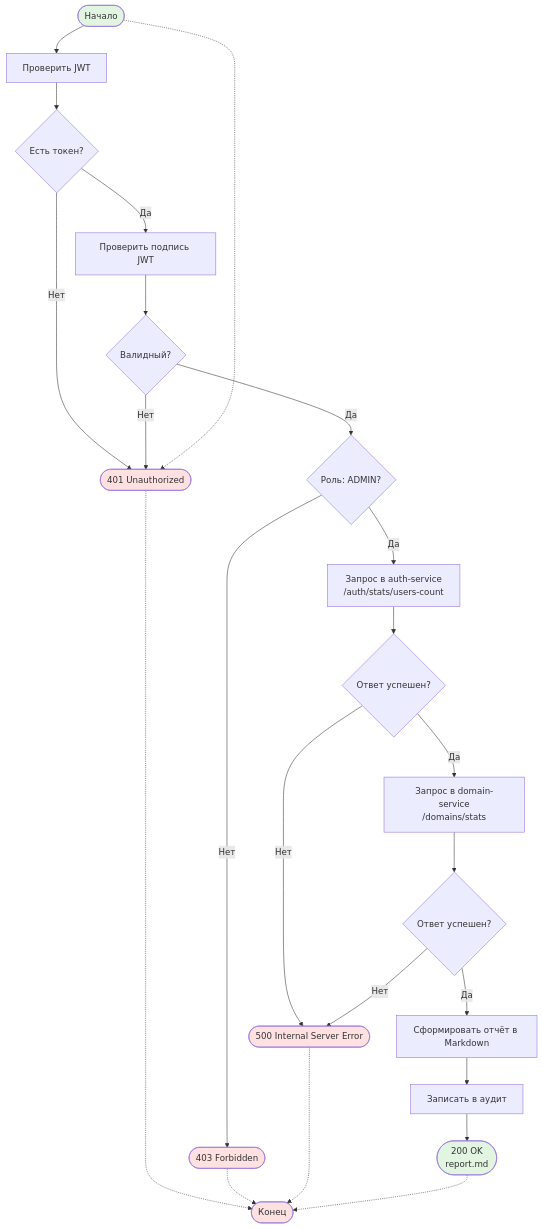
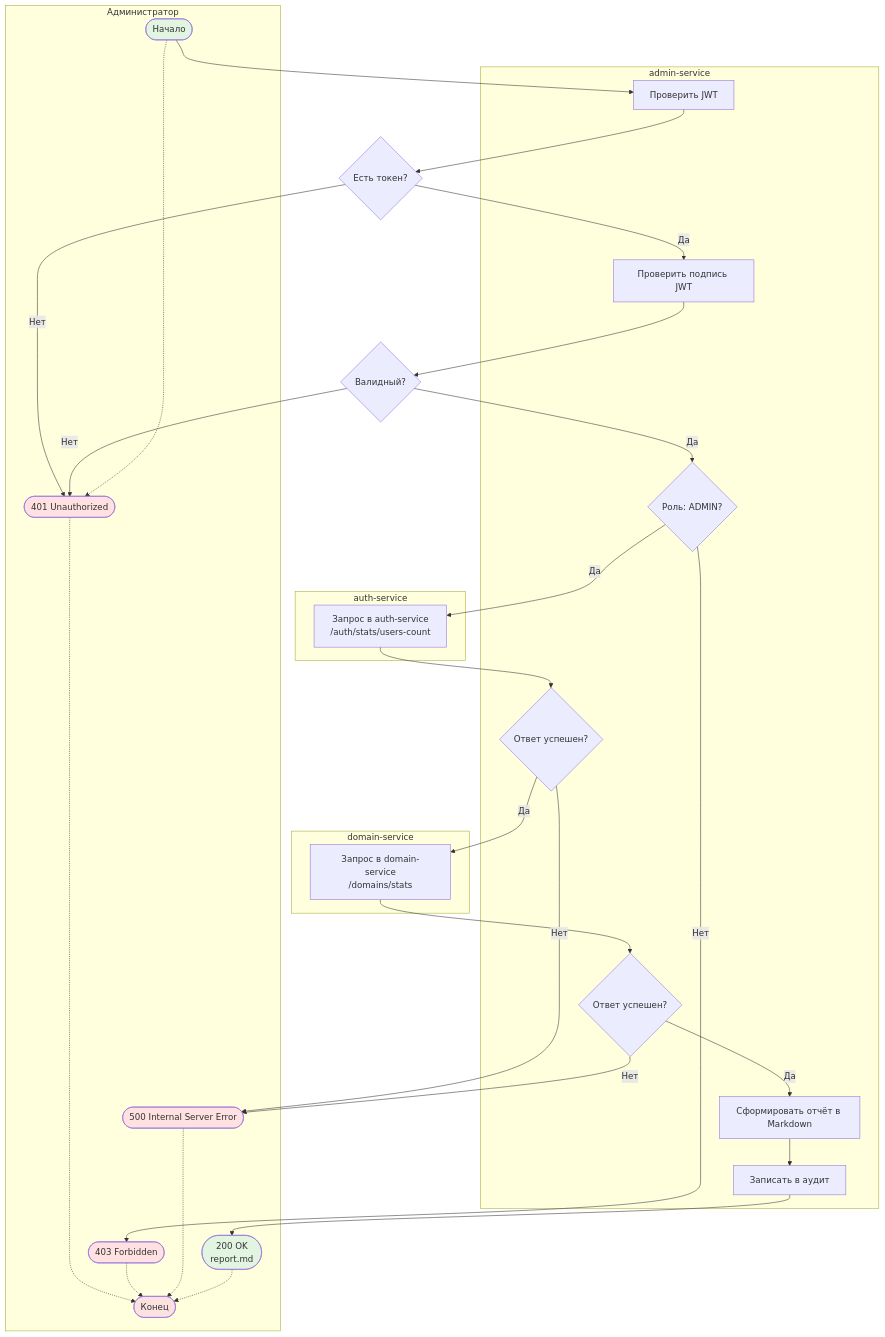
The second of 4 diagrams in admin-service/README.md (PawKorchagin/hrofos-domain-register), drawn with Mermaid before and after one commit. The commit also changed other lines of this file and 7 other files, not shown here.

````diff
--- a/admin-service/README.md
+++ b/admin-service/README.md
@@ -136,40 +136,67 @@
 ```mermaid
-flowchart TD
-    Start([Начало]) --> CheckAuth[Проверить JWT]
+flowchart TB
+    subgraph AdminLane["         Администратор"]
+        Start([Начало])
+        Return401([401 Unauthorized])
+        Return403([403 Forbidden])
+        ReturnError([500 Internal Server Error])
+        Return200([200 OK<br/>report.md])
+        End([Конец])
+    end
+
+    subgraph AdminServiceLane["         admin-service"]
+        CheckAuth[Проверить JWT]
+        Validate[Проверить подпись JWT]
+        CheckRole{Роль: ADMIN?}
+        CheckUsers{Ответ успешен?}
+        CheckStats{Ответ успешен?}
+        Generate[Сформировать отчёт в Markdown]
+        Log[Записать в аудит]
+    end
+
+    subgraph AuthLane["         auth-service"]
+        GetUsers[Запрос в auth-service<br/>/auth/stats/users-count]
+    end
+
+    subgraph DomainLane["         domain-service"]
+        GetDomains[Запрос в domain-service<br/>/domains/stats]
+    end
+
+    Start --> CheckAuth
 
     CheckAuth --> HasToken{Есть токен?}
-    HasToken -- Нет --> Return401([401 Unauthorized])
-    HasToken -- Да --> Validate[Проверить подпись JWT]
+    HasToken -- Нет --> Return401
+    HasToken -- Да --> Validate
 
     Validate --> IsValid{Валидный?}
-    IsValid -- Нет --> Return401([401 Unauthorized])
-    IsValid -- Да --> CheckRole{Роль: ADMIN?}
+    IsValid -- Нет --> Return401
+    IsValid -- Да --> CheckRole
 
-    CheckRole -- Нет --> Return403([403 Forbidden])
-    CheckRole -- Да --> GetUsers[Запрос в auth-service<br/>/auth/stats/users-count]
+    CheckRole -- Нет --> Return403
+    CheckRole -- Да --> GetUsers
 
-    GetUsers --> CheckUsers{Ответ успешен?}
-    CheckUsers -- Нет --> ReturnError([500 Internal Server Error])
-    CheckUsers -- Да --> GetDomains[Запрос в domain-service<br/>/domains/stats]
+    GetUsers --> CheckUsers
+    CheckUsers -- Нет --> ReturnError
+    CheckUsers -- Да --> GetDomains
 
-    GetDomains --> CheckStats{Ответ успешен?}
-    CheckStats -- Нет --> ReturnError([500 Internal Server Error])
-    CheckStats -- Да --> Generate[Сформировать отчёт в Markdown]
+    GetDomains --> CheckStats
+    CheckStats -- Нет --> ReturnError
+    CheckStats -- Да --> Generate
 
-    Generate --> Log[Записать в аудит]
+    Generate --> Log
 
-    Log --> Return200([200 OK<br/>report.md])
+    Log --> Return200
 
     Start -.-> Return401
-    Return401 -.-> End([Конец])
+    Return401 -.-> End
     Return403 -.-> End
     ReturnError -.-> End
     Return200 -.-> End
 
     style Start fill:#e1f5e1
     style End fill:#fce1e1
     style Return200 fill:#e1f5e1
     style Return401 fill:#ffe1e1
     style Return403 fill:#ffe1e1
     style ReturnError fill:#ffe1e1
 ```
````
